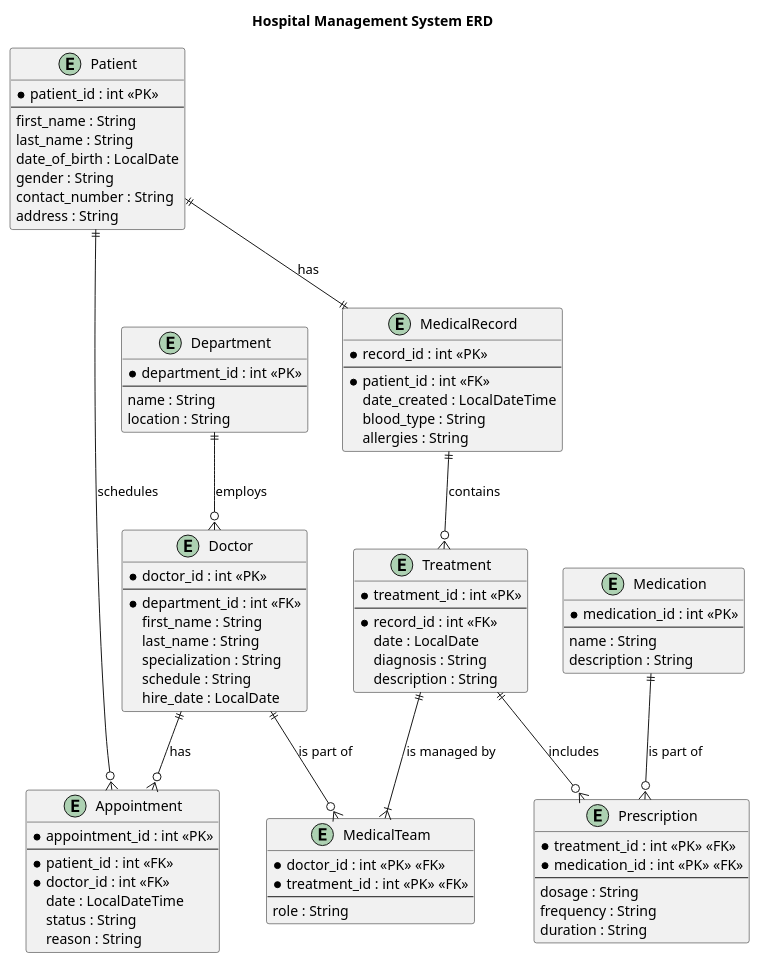
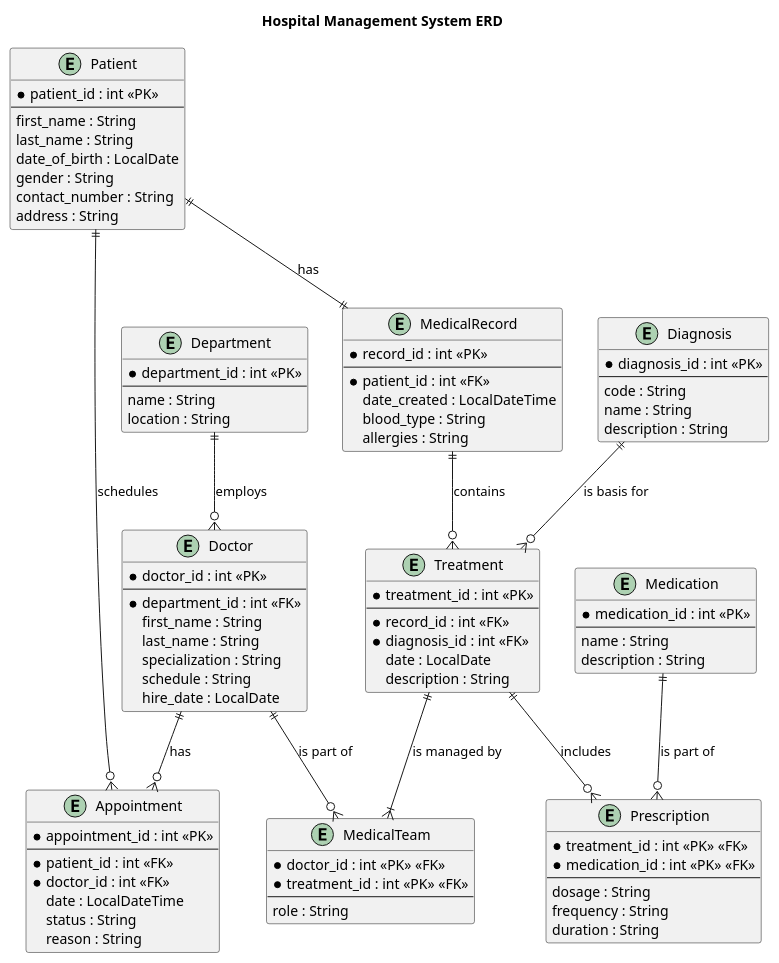
Before and after one commit to arcctg/labs_kpi: the diagram in lab1/crow_foot_diagram.puml, drawn with PlantUML. The commit also changed 2 other files, not shown here.

Commit message:
Add Diagnosis entity and refine Treatment entity attributes in chen diagram, plantUML and java code

```diff
--- a/lab1/crow_foot_diagram.puml
+++ b/lab1/crow_foot_diagram.puml
@@ -1,98 +1,107 @@
 @startuml
 
 title Hospital Management System ERD
 
 entity "Patient" as patient {
   * patient_id : int <<PK>>
   --
   first_name : String
   last_name : String
   date_of_birth : LocalDate
   gender : String
   contact_number : String
   address : String
 }
 
 entity "MedicalRecord" as record {
   * record_id : int <<PK>>
   --
   * patient_id : int <<FK>>
   date_created : LocalDateTime
   blood_type : String
   allergies : String
 }
 
 entity "Department" as department {
   * department_id : int <<PK>>
   --
   name : String
   location : String
 }
 
 entity "Doctor" as doctor {
   * doctor_id : int <<PK>>
   --
   * department_id : int <<FK>>
   first_name : String
   last_name : String
   specialization : String
   schedule : String
   hire_date : LocalDate
 }
 
 entity "Appointment" as appointment {
   * appointment_id : int <<PK>>
   --
   * patient_id : int <<FK>>
   * doctor_id : int <<FK>>
   date : LocalDateTime
   status : String
   reason : String
 }
 
 entity "Treatment" as treatment {
   * treatment_id : int <<PK>>
   --
   * record_id : int <<FK>>
+  * diagnosis_id : int <<FK>>
   date : LocalDate
-  diagnosis : String
+  description : String
+}
+
+entity "Diagnosis" as diagnosis {
+  * diagnosis_id : int <<PK>>
+  --
+  code : String
+  name : String
   description : String
 }
 
 entity "MedicalTeam" as medical_team {
   * doctor_id : int <<PK>> <<FK>>
   * treatment_id : int <<PK>> <<FK>>
   --
   role : String
 }
 
 entity "Medication" as medication {
   * medication_id : int <<PK>>
   --
   name : String
   description : String
 }
 
 entity "Prescription" as prescription {
   * treatment_id : int <<PK>> <<FK>>
   * medication_id : int <<PK>> <<FK>>
   --
   dosage : String
   frequency : String
   duration : String
 }
 
 patient ||--|| record : "has"
 
 department ||--o{ doctor : "employs"
 patient ||--o{ appointment : "schedules"
 doctor ||--o{ appointment : "has"
 record ||--o{ treatment : "contains"
 
 doctor ||--o{ medical_team : "is part of"
 treatment ||--|{ medical_team : "is managed by"
+diagnosis ||--o{ treatment : "is basis for"
 
 treatment ||--o{ prescription : "includes"
 medication ||--o{ prescription : "is part of"
 
 @enduml
```
